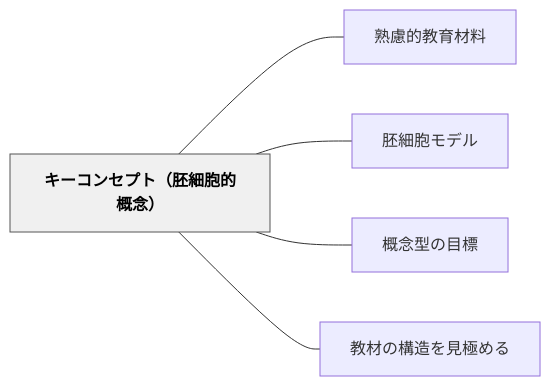
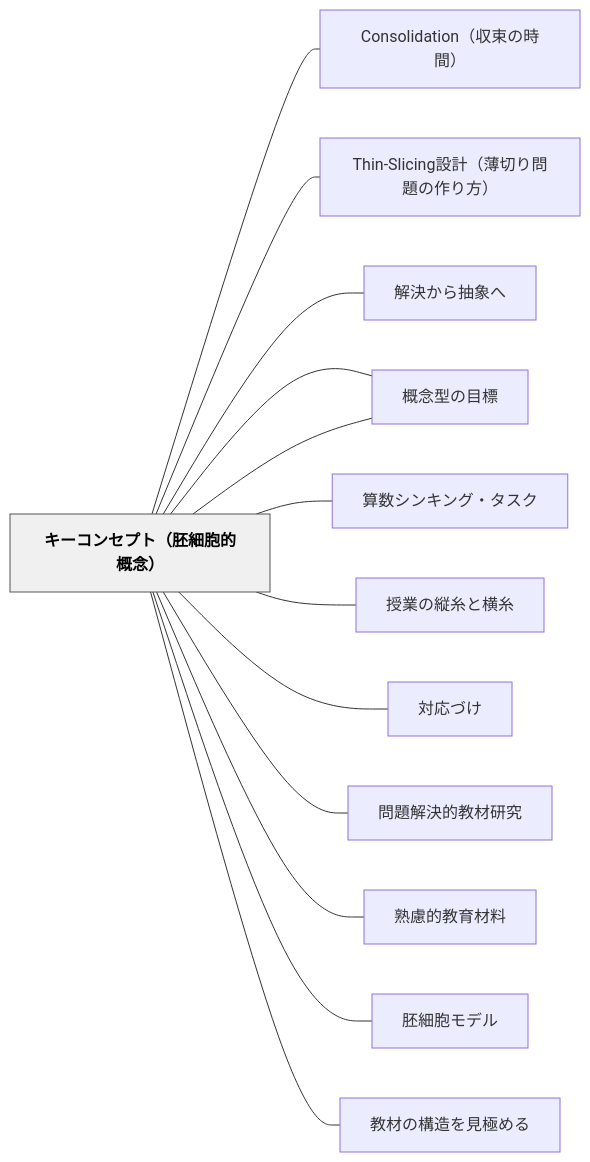
The diagram in content/パタン/キーコンセプト（胚細胞的概念）.md (unknownthings-ed-patterns/unknownthings-ed-patterns), drawn with Mermaid before and after one commit. The commit also changed other lines of this file and 473 other files, not shown here.

````diff
--- a/content/パタン/キーコンセプト（胚細胞的概念）.md
+++ b/content/パタン/キーコンセプト（胚細胞的概念）.md
@@ -45,16 +53,32 @@
 ```mermaid
 flowchart LR
     ne382ade383bc["キーコンセプト（胚細胞的概念）"]
+    n436f6e736f6c["Consolidation（収束の時間）"]
+    n5468696e2d53["Thin-Slicing設計（薄切り問題の作り方）"]
+    ne8a7a3e6b1ba["解決から抽象へ"]
+    ne6a682e5bfb5["概念モデル"]
+    ne7ae97e695b0["算数シンキング・タスク"]
+    ne68e88e6a5ad["授業の縦糸と横糸"]
+    ne5afbee5bf9c["対応づけ"]
+    ne5958fe9a18c["問題解決的教材研究"]
     ne7869fe685ae["熟慮的教育材料"]
     ne8839ae7b4b0["胚細胞モデル"]
     ne6a682e5bfb5["概念型の目標"]
     ne69599e69d90["教材の構造を見極める"]
 
+    ne382ade383bc --- n436f6e736f6c
+    ne382ade383bc --- n5468696e2d53
+    ne382ade383bc --- ne8a7a3e6b1ba
+    ne382ade383bc --- ne6a682e5bfb5
+    ne382ade383bc --- ne7ae97e695b0
+    ne382ade383bc --- ne68e88e6a5ad
+    ne382ade383bc --- ne5afbee5bf9c
+    ne382ade383bc --- ne5958fe9a18c
     ne382ade383bc --- ne7869fe685ae
     ne382ade383bc --- ne8839ae7b4b0
     ne382ade383bc --- ne6a682e5bfb5
     ne382ade383bc --- ne69599e69d90
 
     classDef hub fill:#f0f0f0,stroke:#555,color:#000,font-weight:bold
     class ne382ade383bc hub
 ```
````
